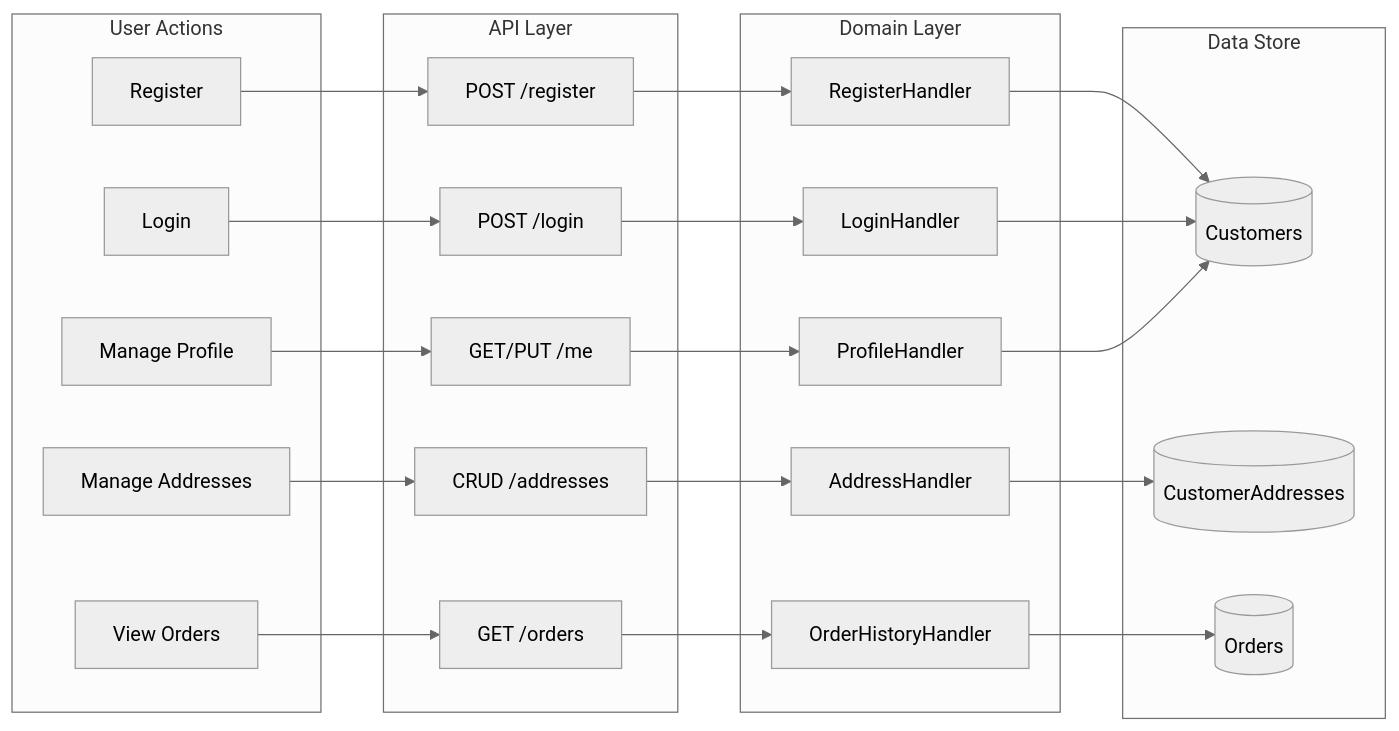
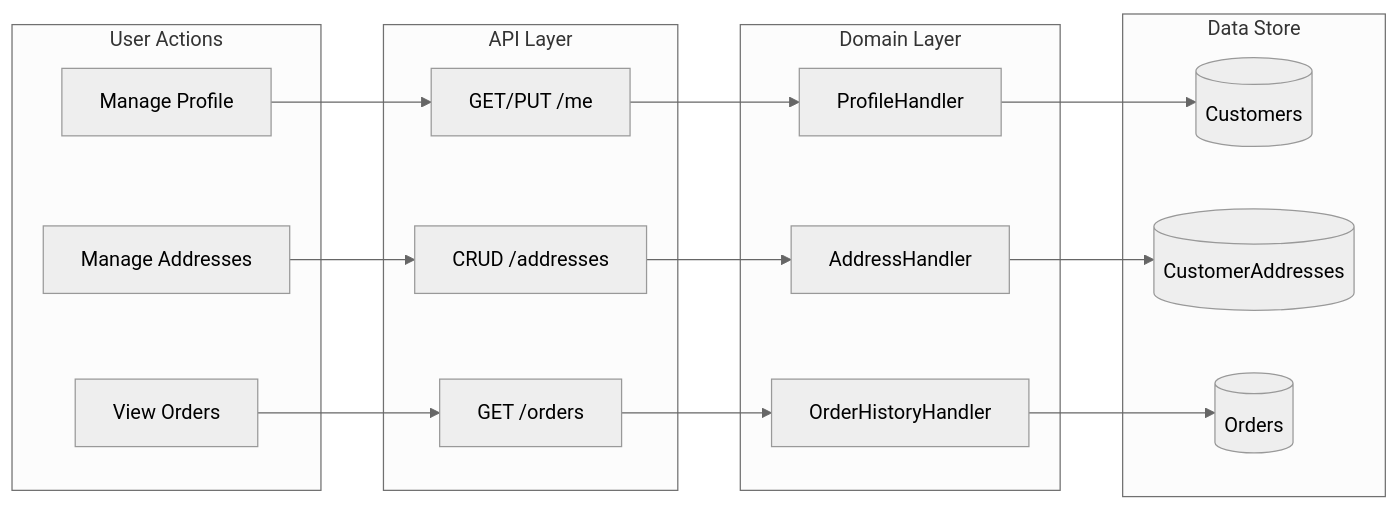
Before and after one commit to QuinntyneBrown/Vult: the tenth of 14 diagrams in docs/specs/customer/02-use-case-diagrams.md, drawn with Mermaid (neutral theme). The commit also changed other lines of this file and 4 other files, not shown here.

````diff
--- a/docs/specs/customer/02-use-case-diagrams.md
+++ b/docs/specs/customer/02-use-case-diagrams.md
@@ -500,38 +307,30 @@
 ```mermaid
 flowchart LR
     subgraph "User Actions"
-        A1[Register]
-        A2[Login]
-        A3[Manage Profile]
-        A4[Manage Addresses]
-        A5[View Orders]
+        A1[Manage Profile]
+        A2[Manage Addresses]
+        A3[View Orders]
     end
 
     subgraph "API Layer"
-        B1[POST /register]
-        B2[POST /login]
-        B3[GET/PUT /me]
-        B4[CRUD /addresses]
-        B5[GET /orders]
+        B1[GET/PUT /me]
+        B2[CRUD /addresses]
+        B3[GET /orders]
     end
 
     subgraph "Domain Layer"
-        C1[RegisterHandler]
-        C2[LoginHandler]
-        C3[ProfileHandler]
-        C4[AddressHandler]
-        C5[OrderHistoryHandler]
+        C1[ProfileHandler]
+        C2[AddressHandler]
+        C3[OrderHistoryHandler]
     end
 
     subgraph "Data Store"
         D1[(Customers)]
         D2[(CustomerAddresses)]
         D3[(Orders)]
     end
 
     A1 --> B1 --> C1 --> D1
-    A2 --> B2 --> C2 --> D1
-    A3 --> B3 --> C3 --> D1
-    A4 --> B4 --> C4 --> D2
-    A5 --> B5 --> C5 --> D3
+    A2 --> B2 --> C2 --> D2
+    A3 --> B3 --> C3 --> D3
 ```
````
